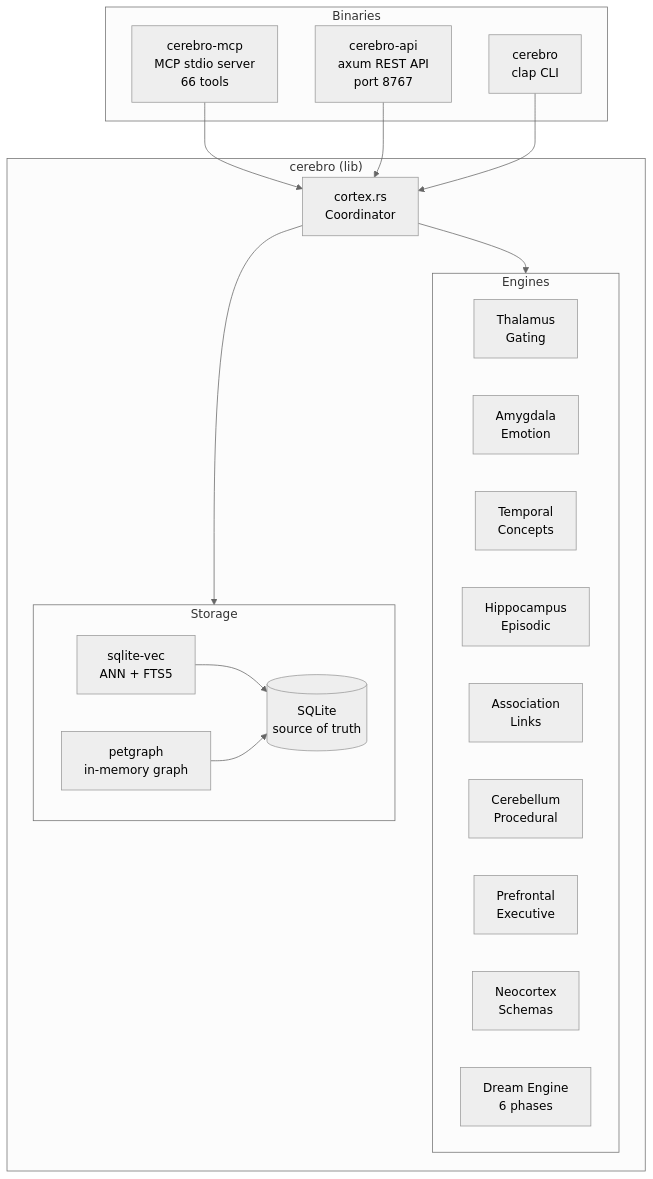
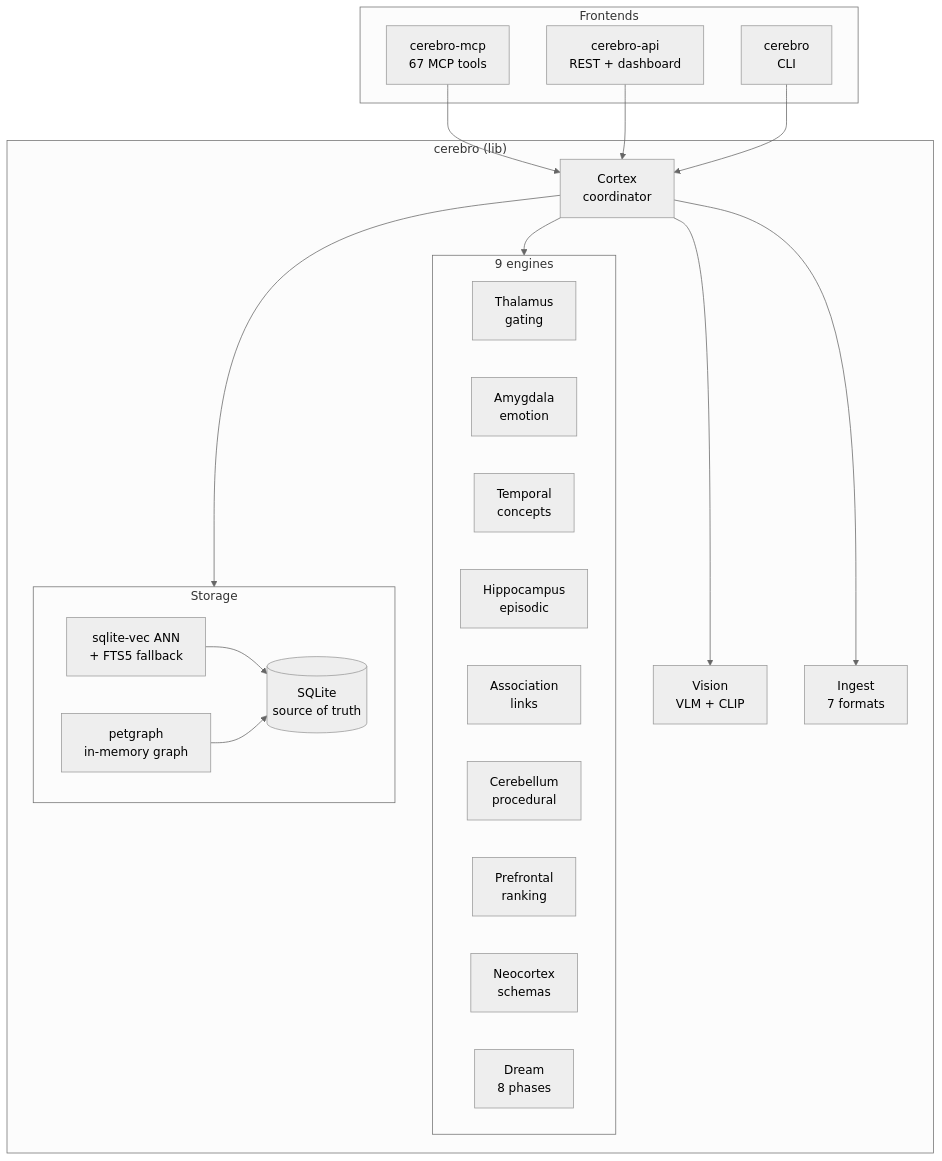
Before and after one commit to buckster123/CerebroCortex-RS: the first of 6 diagrams in README.md, drawn with Mermaid (neutral theme). The commit also changed other lines of this file and 1 other file, not shown here.

````diff
--- a/README.md
+++ b/README.md
@@ -48,38 +124,40 @@
 ```mermaid
 graph TB
-    subgraph Binaries
-        MCP[cerebro-mcp\nMCP stdio server\n66 tools]
-        API[cerebro-api\naxum REST API\nport 8767]
-        CLI[cerebro\nclap CLI]
+    subgraph Frontends
+        MCP[cerebro-mcp<br/>67 MCP tools]
+        API[cerebro-api<br/>REST + dashboard]
+        CLI[cerebro<br/>CLI]
     end
 
     subgraph Library["cerebro (lib)"]
-        Cortex[cortex.rs\nCoordinator]
-
-        subgraph Engines
-            TH[Thalamus\nGating]
-            AM[Amygdala\nEmotion]
-            TE[Temporal\nConcepts]
-            HI[Hippocampus\nEpisodic]
-            AS[Association\nLinks]
-            CB[Cerebellum\nProcedural]
-            PF[Prefrontal\nExecutive]
-            NC[Neocortex\nSchemas]
-            DR[Dream Engine\n6 phases]
+        Cortex[Cortex<br/>coordinator]
+        subgraph Engines["9 engines"]
+            TH[Thalamus<br/>gating]
+            AM[Amygdala<br/>emotion]
+            TE[Temporal<br/>concepts]
+            HI[Hippocampus<br/>episodic]
+            AS[Association<br/>links]
+            CB[Cerebellum<br/>procedural]
+            PF[Prefrontal<br/>ranking]
+            NC[Neocortex<br/>schemas]
+            DR[Dream<br/>8 phases]
         end
-
+        VI[Vision<br/>VLM + CLIP]
+        IN[Ingest<br/>7 formats]
         subgraph Storage
-            SQ[(SQLite\nsource of truth)]
-            VE[sqlite-vec\nANN + FTS5]
-            GR[petgraph\nin-memory graph]
+            SQ[(SQLite<br/>source of truth)]
+            VE[sqlite-vec ANN<br/>+ FTS5 fallback]
+            GR[petgraph<br/>in-memory graph]
         end
     end
 
     MCP --> Cortex
     API --> Cortex
     CLI --> Cortex
     Cortex --> Engines
+    Cortex --> VI
+    Cortex --> IN
     Cortex --> Storage
     VE --> SQ
     GR --> SQ
 ```
````
